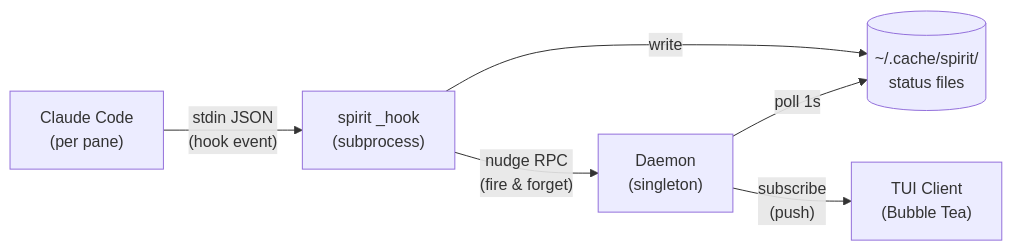
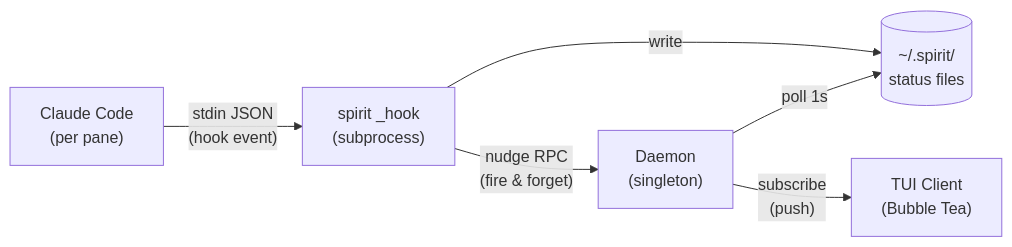
One commit to huylenq/spirit changed the first of 10 diagrams in docs/architecture.md. Above: the diagram before and after it, drawn with Mermaid. The commit also changed other lines of this file and 16 other files, not shown here.

First line of the commit message:
refactor: migrate state directory from ~/.cache/spirit to ~/.spirit

````diff
--- a/docs/architecture.md
+++ b/docs/architecture.md
@@ -7,14 +7,14 @@
 ```mermaid
 flowchart LR
     CC["Claude Code<br/>(per pane)"]
     Hook["spirit _hook<br/>(subprocess)"]
-    Files[("~/.cache/spirit/<br/>status files")]
+    Files[("~/.spirit/<br/>status files")]
     Daemon["Daemon<br/>(singleton)"]
     TUI["TUI Client<br/>(Bubble Tea)"]
 
     CC -- "stdin JSON<br/>(hook event)" --> Hook
     Hook -- "write" --> Files
     Hook -- "nudge RPC<br/>(fire & forget)" --> Daemon
     Daemon -- "poll 1s" --> Files
     Daemon -- "subscribe<br/>(push)" --> TUI
 ```
````
